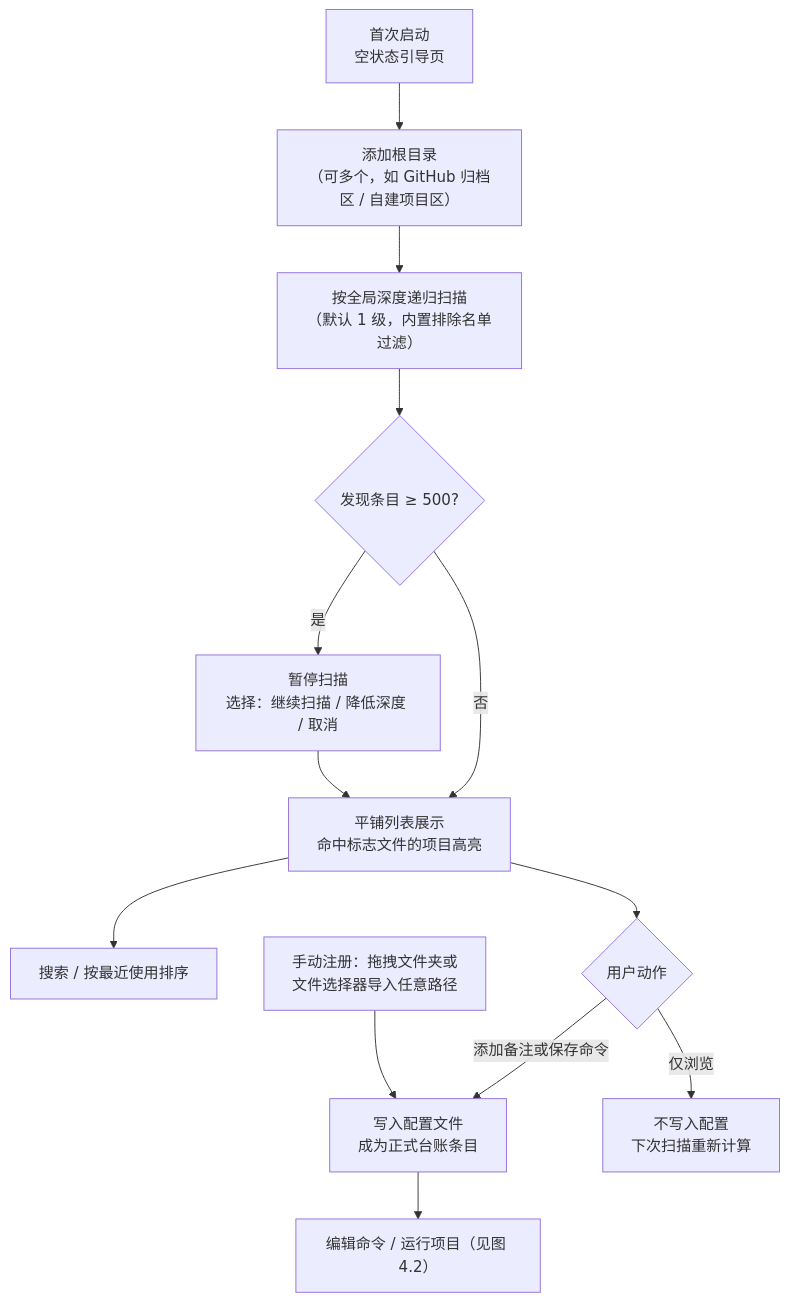
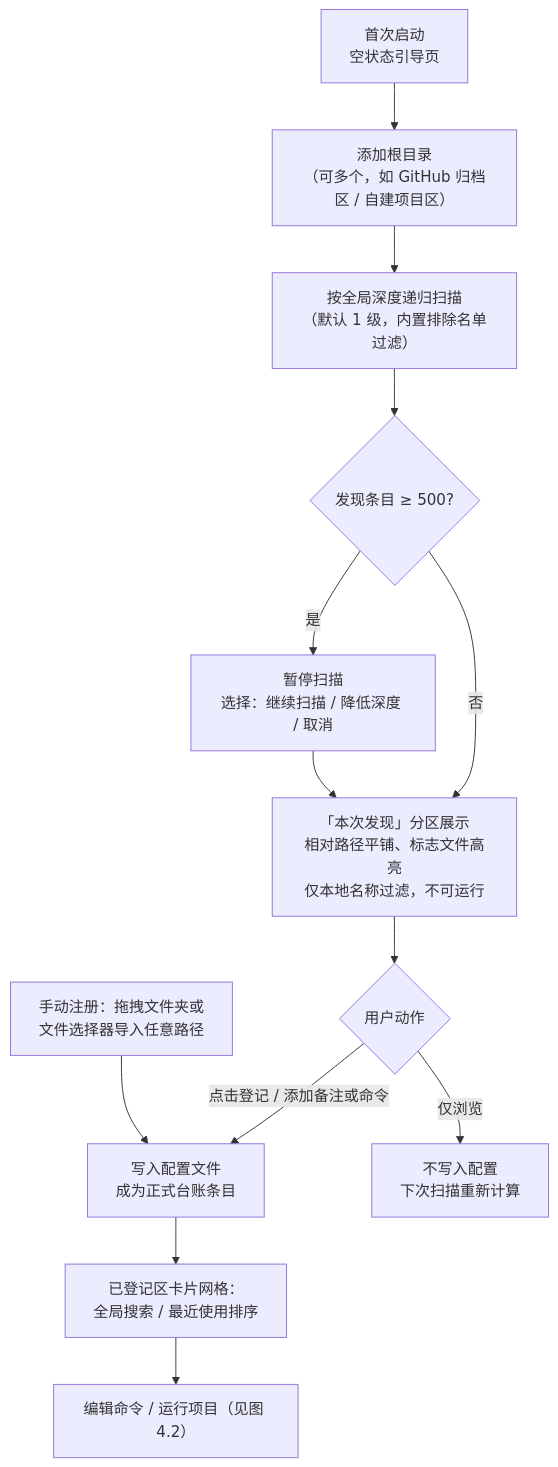
Before and after one commit to iceblyte/squirl: the first of 4 diagrams in docs/需求分析文档-汇总版.md, drawn with Mermaid. The commit also changed other lines of this file, not shown here.

````diff
--- a/docs/需求分析文档-汇总版.md
+++ b/docs/需求分析文档-汇总版.md
@@ -196,15 +216,15 @@
 ```mermaid
 flowchart TD
     A["首次启动<br>空状态引导页"] --> B["添加根目录<br>（可多个，如 GitHub 归档区 / 自建项目区）"]
     B --> C["按全局深度递归扫描<br>（默认 1 级，内置排除名单过滤）"]
     C --> D{"发现条目 ≥ 500?"}
     D -- "是" --> E["暂停扫描<br>选择：继续扫描 / 降低深度 / 取消"]
-    D -- "否" --> F["平铺列表展示<br>命中标志文件的项目高亮"]
+    D -- "否" --> F["「本次发现」分区展示<br>相对路径平铺、标志文件高亮<br>仅本地名称过滤，不可运行"]
     E --> F
-    F --> G["搜索 / 按最近使用排序"]
     F --> H{"用户动作"}
-    H -- "添加备注或保存命令" --> I["写入配置文件<br>成为正式台账条目"]
+    H -- "点击登记 / 添加备注或命令" --> I["写入配置文件<br>成为正式台账条目"]
     H -- "仅浏览" --> J["不写入配置<br>下次扫描重新计算"]
     K["手动注册：拖拽文件夹或<br>文件选择器导入任意路径"] --> I
-    I --> L["编辑命令 / 运行项目（见图 4.2）"]
+    I --> G["已登记区卡片网格：<br>全局搜索 / 最近使用排序"]
+    G --> L["编辑命令 / 运行项目（见图 4.2）"]
 ```
````
